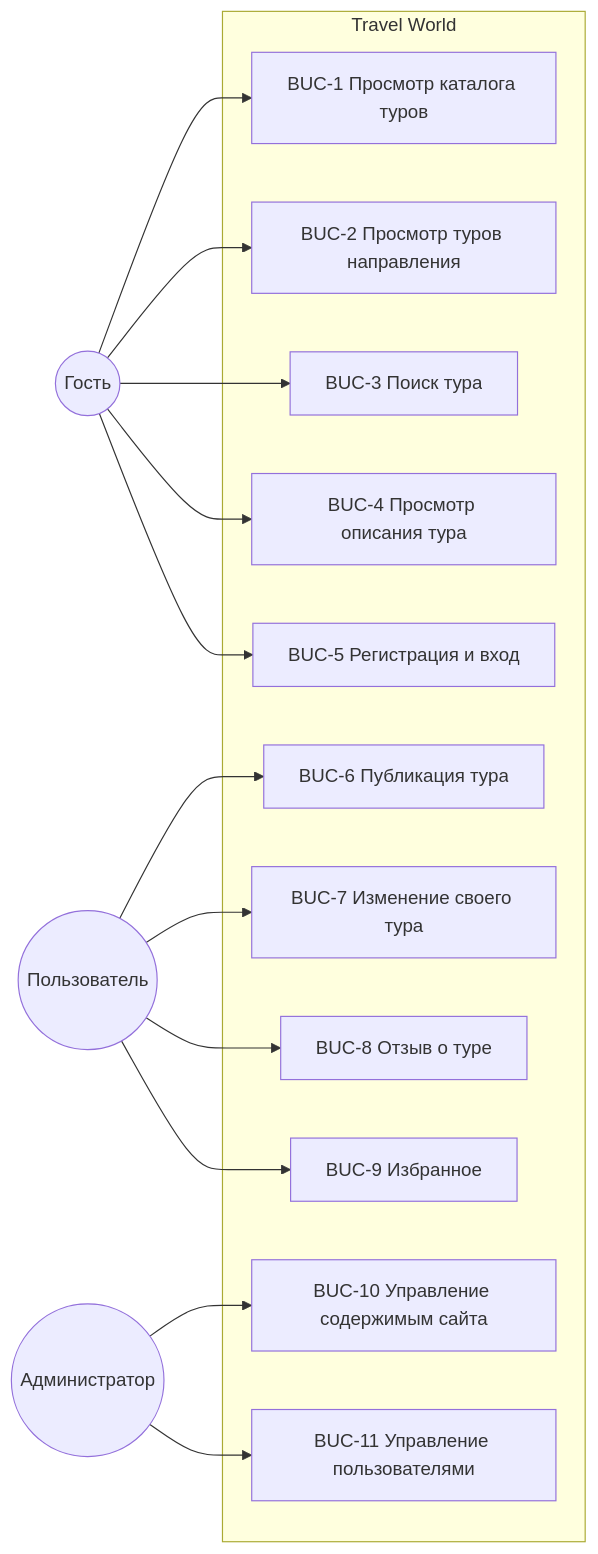
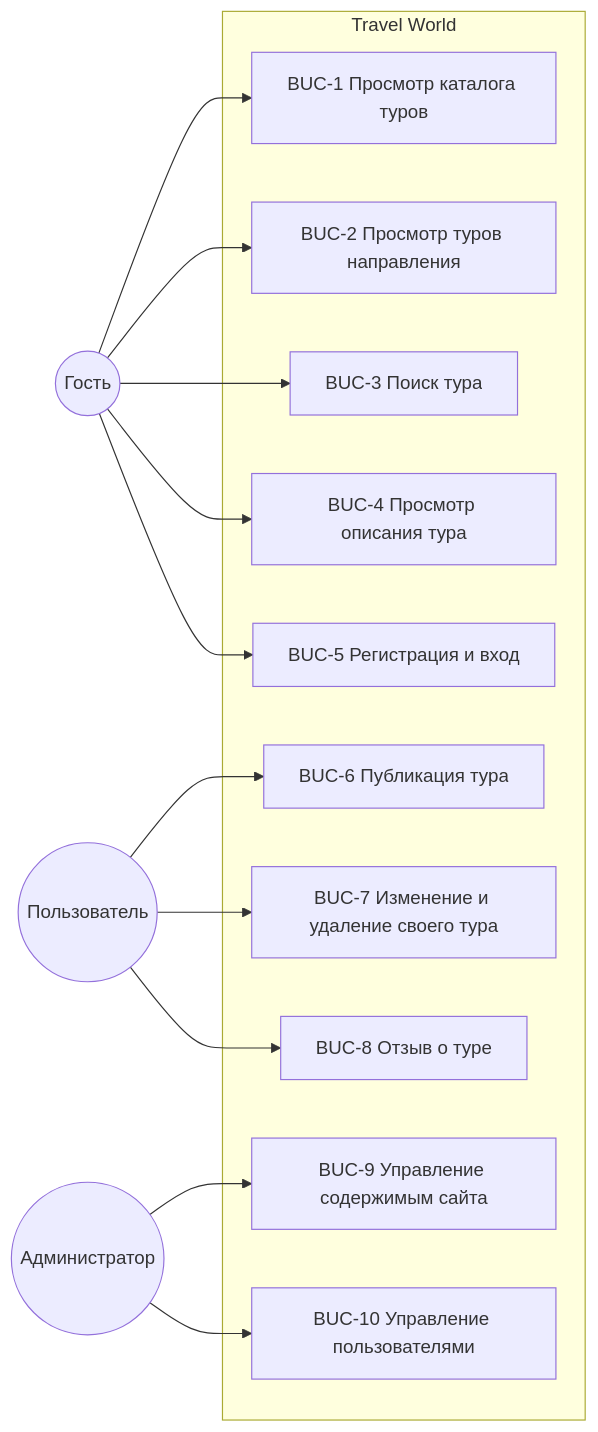
Before and after one commit to Seihposwag/sofa-travel-app: the diagram in docs/02-buc-diagrams/buc-diagram.md, drawn with Mermaid. The commit also changed other lines of this file and 36 other files, not shown here.

````diff
--- a/docs/02-buc-diagrams/buc-diagram.md
+++ b/docs/02-buc-diagrams/buc-diagram.md
@@ -9,34 +9,32 @@
 ```mermaid
 flowchart LR
     G(("Гость"))
     U(("Пользователь"))
     A(("Администратор"))
 
     subgraph SYS["Travel World"]
         B1["BUC-1 Просмотр каталога туров"]
         B2["BUC-2 Просмотр туров направления"]
         B3["BUC-3 Поиск тура"]
         B4["BUC-4 Просмотр описания тура"]
         B5["BUC-5 Регистрация и вход"]
         B6["BUC-6 Публикация тура"]
-        B7["BUC-7 Изменение своего тура"]
+        B7["BUC-7 Изменение и удаление своего тура"]
         B8["BUC-8 Отзыв о туре"]
-        B9["BUC-9 Избранное"]
-        B10["BUC-10 Управление содержимым сайта"]
-        B11["BUC-11 Управление пользователями"]
+        B9["BUC-9 Управление содержимым сайта"]
+        B10["BUC-10 Управление пользователями"]
     end
 
     G --> B1
     G --> B2
     G --> B3
     G --> B4
     G --> B5
 
     U --> B6
     U --> B7
     U --> B8
-    U --> B9
 
+    A --> B9
     A --> B10
-    A --> B11
 ```
````
